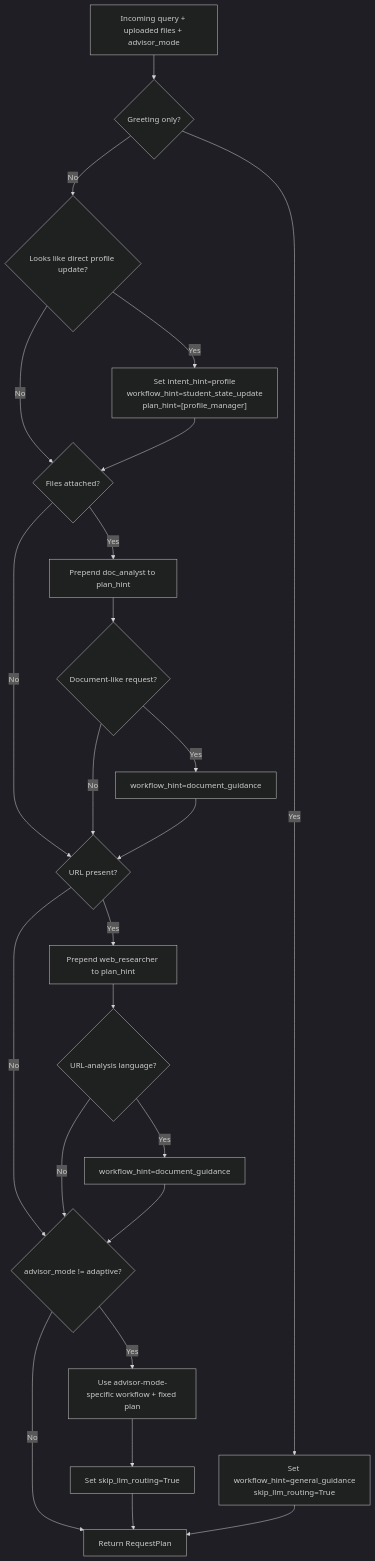
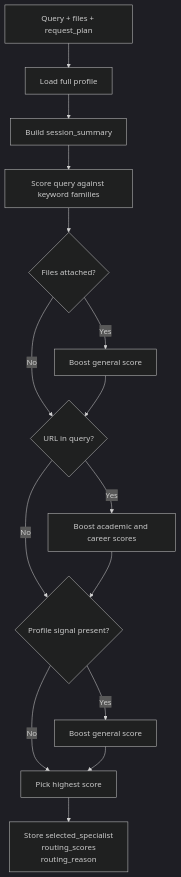
One commit to sagarrgupta/Pathfinder changed the fourth of 6 diagrams in docs/PATHFINDER_ARCHITECTURE_FLOW.md. Above: the diagram before and after it, drawn with Mermaid (dark theme). The commit also changed other lines of this file and 54 other files, not shown here.

Commit message:
origin/Feature/basicUpdates - updated architecture docs

````diff
--- a/docs/PATHFINDER_ARCHITECTURE_FLOW.md
+++ b/docs/PATHFINDER_ARCHITECTURE_FLOW.md
@@ -311,29 +168,17 @@
 ```mermaid
 flowchart TD
-    Q["Incoming query + uploaded files + advisor_mode"] --> G{"Greeting only?"}
-    G -- Yes --> G1["Set workflow_hint=general_guidance<br/>skip_llm_routing=True"]
-    G -- No --> P{"Looks like direct profile update?"}
-    P -- Yes --> P1["Set intent_hint=profile<br/>workflow_hint=student_state_update<br/>plan_hint=[profile_manager]"]
-    P -- No --> F{"Files attached?"}
-    P1 --> F
-
-    F -- Yes --> F1["Prepend doc_analyst to plan_hint"]
-    F -- No --> U{"URL present?"}
-    F1 --> F2{"Document-like request?"}
-    F2 -- Yes --> F3["workflow_hint=document_guidance"]
-    F2 -- No --> U
-    F3 --> U
-
-    U -- Yes --> U1["Prepend web_researcher to plan_hint"]
-    U -- No --> M{"advisor_mode != adaptive?"}
-    U1 --> U2{"URL-analysis language?"}
-    U2 -- Yes --> U3["workflow_hint=document_guidance"]
-    U2 -- No --> M
-    U3 --> M
-
-    M -- Yes --> M1["Use advisor-mode-specific workflow + fixed plan"]
-    M -- No --> OUT["Return RequestPlan"]
-    M1 --> M2["Set skip_llm_routing=True"]
-    M2 --> OUT
-    G1 --> OUT
+    Q["Query + files + request_plan"] --> P["Load full profile"]
+    P --> S["Build session_summary"]
+    S --> SCORE["Score query against keyword families"]
+    SCORE --> FILES{"Files attached?"}
+    FILES -- Yes --> ADDG["Boost general score"]
+    FILES -- No --> URLS{"URL in query?"}
+    ADDG --> URLS
+    URLS -- Yes --> ADDA["Boost academic and career scores"]
+    URLS -- No --> PROFILE{"Profile signal present?"}
+    ADDA --> PROFILE
+    PROFILE -- Yes --> ADDP["Boost general score"]
+    PROFILE -- No --> PICK["Pick highest score"]
+    ADDP --> PICK
+    PICK --> OUT["Store selected_specialist<br/>routing_scores<br/>routing_reason"]
 ```
````
